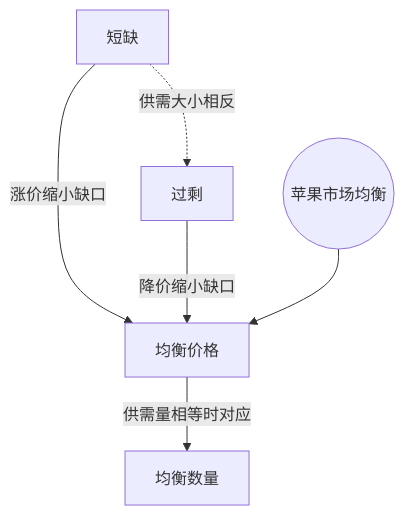
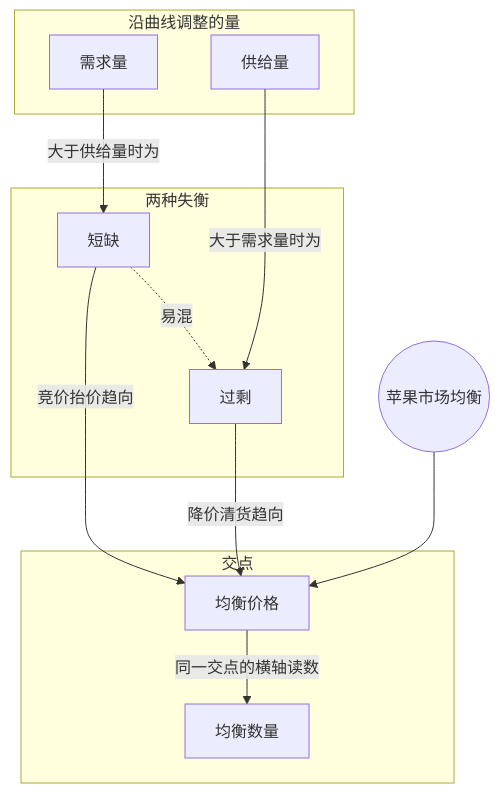
The diagram in examples/可汗微观经济学-前15集/notes/015-第15讲 市场均衡.md (lucky-Luor/bilibili-douyin-notes), drawn with Mermaid before and after one commit. The commit also changed other lines of this file and 18 other files, not shown here.

````diff
--- a/examples/可汗微观经济学-前15集/notes/015-第15讲 市场均衡.md
+++ b/examples/可汗微观经济学-前15集/notes/015-第15讲 市场均衡.md
@@ -63,9 +96,23 @@
 ```mermaid
 graph TD
   R((苹果市场均衡))
-  S[短缺] -->|涨价缩小缺口| P[均衡价格]
-  U[过剩] -->|降价缩小缺口| P
-  S -.->|供需大小相反| U
-  P -->|供需量相等时对应| Q[均衡数量]
-  R --> P
+  subgraph 两种失衡
+    SH[短缺]
+    SU[过剩]
+  end
+  subgraph 沿曲线调整的量
+    QD[需求量]
+    QS[供给量]
+  end
+  subgraph 交点
+    EP[均衡价格]
+    EQ[均衡数量]
+  end
+  R --> EP
+  QD -->|大于供给量时为| SH
+  QS -->|大于需求量时为| SU
+  SH -->|竞价抬价趋向| EP
+  SU -->|降价清货趋向| EP
+  EP -->|同一交点的横轴读数| EQ
+  SH -.->|易混| SU
 ```
````
